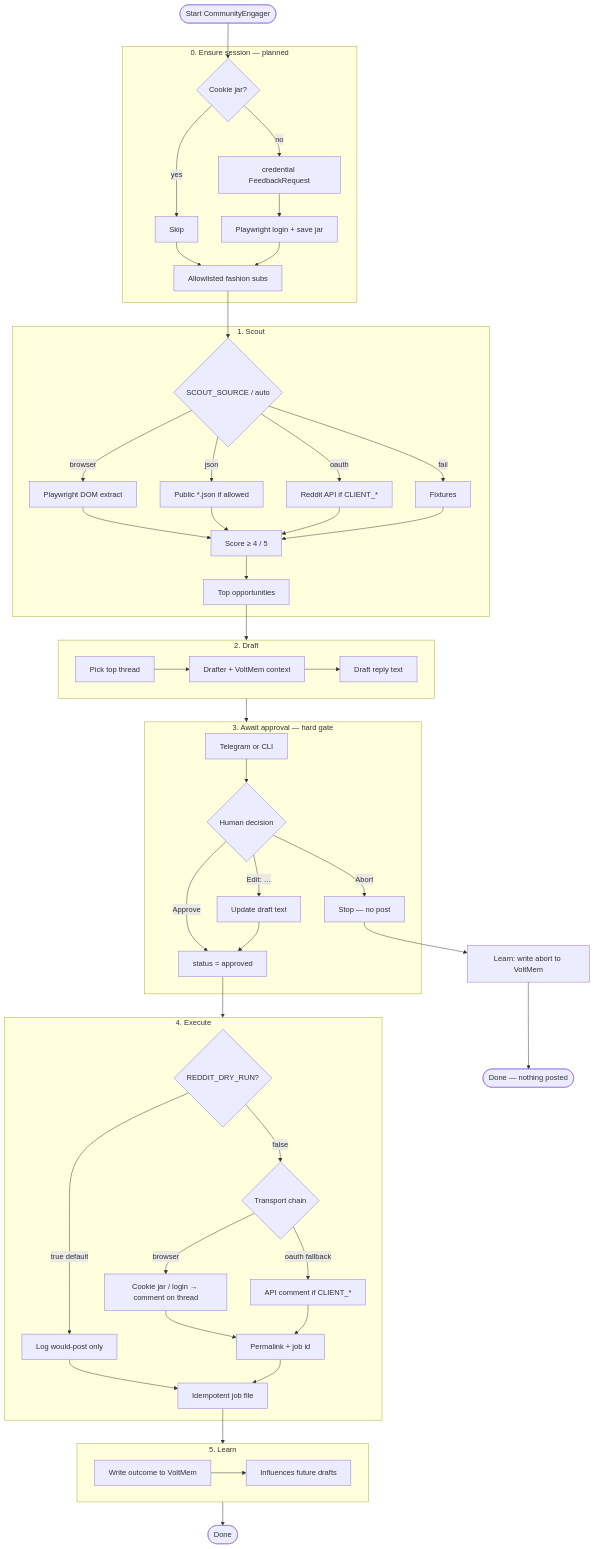
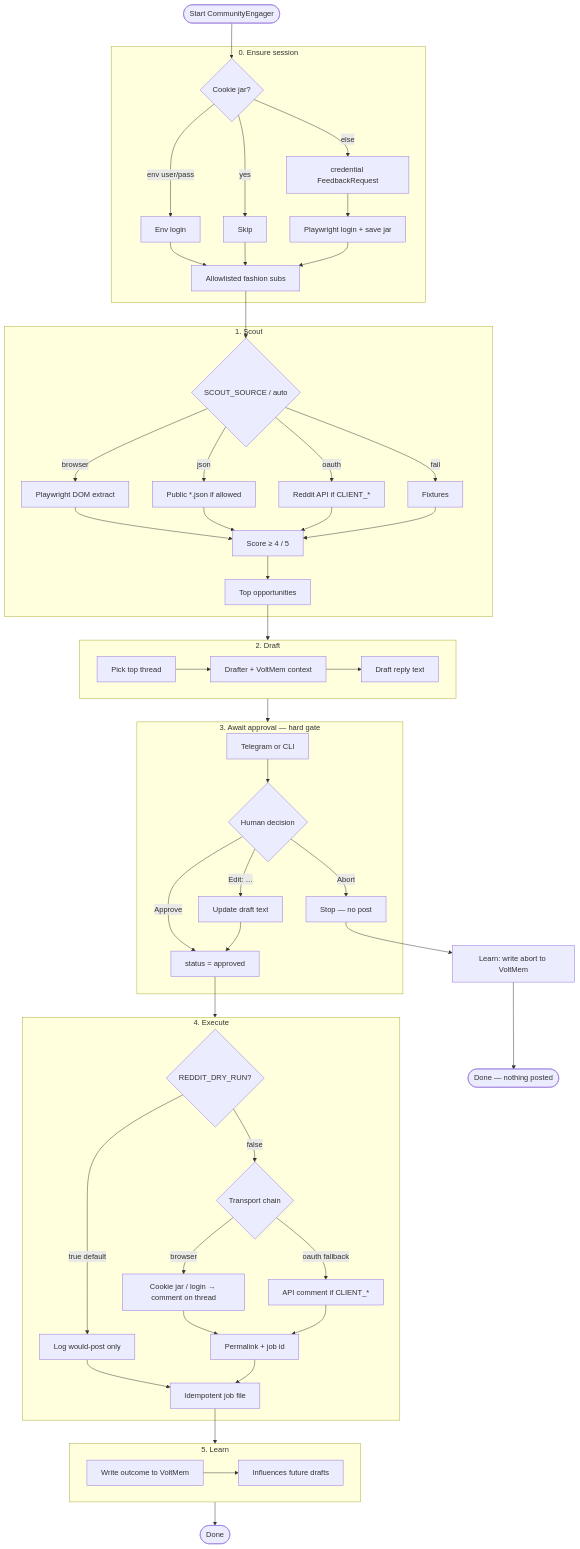
One commit to Rouche01/relay-os changed the diagram in apps/community-engager/README.md. Above: the diagram before and after it, drawn with Mermaid. The commit also changed other lines of this file and 12 other files, not shown here.

Commit message:
chore: implement ensure_session stage in CommunityEngager for Reddit login, enhancing credential handling and session management with HITL feedback integration

````diff
--- a/apps/community-engager/README.md
+++ b/apps/community-engager/README.md
@@ -17,75 +17,77 @@
 ```mermaid
 flowchart TD
   Start([Start CommunityEngager]) --> EnsJar
 
-  subgraph Ens["0. Ensure session — planned"]
+  subgraph Ens["0. Ensure session"]
     EnsJar{Cookie jar?}
     EnsJar -->|yes| EnsSkip[Skip]
-    EnsJar -->|no| EnsCred[credential FeedbackRequest]
+    EnsJar -->|env user/pass| EnsEnv[Env login]
+    EnsJar -->|else| EnsCred[credential FeedbackRequest]
     EnsCred --> EnsLogin[Playwright login + save jar]
+    EnsEnv --> S1
     EnsSkip --> S1
     EnsLogin --> S1
   end
 
   subgraph Scout["1. Scout"]
     S1[Allowlisted fashion subs]
     S2{SCOUT_SOURCE / auto}
     S2 -->|browser| SB[Playwright DOM extract]
     S2 -->|json| SJ[Public *.json if allowed]
     S2 -->|oauth| SO[Reddit API if CLIENT_*]
     S2 -->|fail| SF[Fixtures]
     SB --> Score
     SJ --> Score
     SO --> Score
     SF --> Score
     Score[Score ≥ 4 / 5] --> Opp[Top opportunities]
   end
 
   S1 --> S2
   Opp --> Draft
 
   subgraph Draft["2. Draft"]
     D1[Pick top thread]
     D2[Drafter + VoltMem context]
     D3[Draft reply text]
     D1 --> D2 --> D3
   end
 
   Draft --> HITL
 
   subgraph HITL["3. Await approval — hard gate"]
     H1[Telegram or CLI]
     H2{Human decision}
     H1 --> H2
     H2 -->|Approve| OK[status = approved]
     H2 -->|Edit: …| ED[Update draft text]
     H2 -->|Abort| AB[Stop — no post]
     ED --> OK
   end
 
   OK --> Exec
   AB --> LearnAbort[Learn: write abort to VoltMem]
   LearnAbort --> EndAbort([Done — nothing posted])
 
   subgraph Exec["4. Execute"]
     DryQ{REDDIT_DRY_RUN?}
     DryQ -->|true default| DR[Log would-post only]
     DryQ -->|false| TxQ{Transport chain}
     TxQ -->|browser| EB[Cookie jar / login → comment on thread]
     TxQ -->|oauth fallback| EO[API comment if CLIENT_*]
     EB --> Posted[Permalink + job id]
     EO --> Posted
     DR --> Job[Idempotent job file]
     Posted --> Job
   end
 
   Job --> Learn
 
   subgraph Learn["5. Learn"]
     L1[Write outcome to VoltMem]
     L2[Influences future drafts]
     L1 --> L2
   end
 
   Learn --> End([Done])
 ```
````
